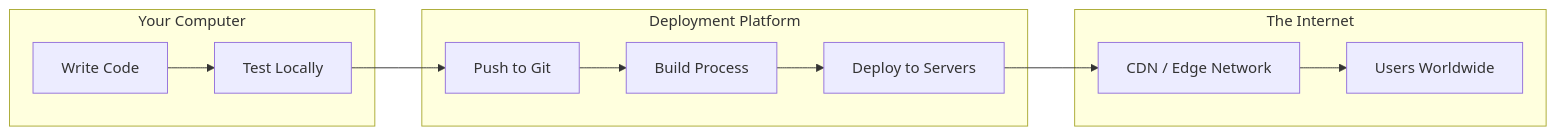
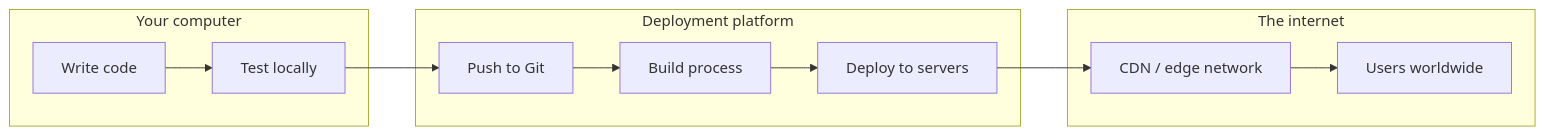
The diagram in docs/2-deployment-guide.md (cursor-estonia/lab-materials), drawn with Mermaid before and after one commit. The commit also changed other lines of this file and 4 other files, not shown here.

````diff
--- a/docs/2-deployment-guide.md
+++ b/docs/2-deployment-guide.md
@@ -24,18 +24,18 @@
 ```mermaid
 flowchart LR
-    subgraph LOCAL["Your Computer"]
-        A[Write Code] --> B[Test Locally]
+    subgraph LOCAL["Your computer"]
+        A[Write code] --> B[Test locally]
     end
 
-    subgraph PLATFORM["Deployment Platform"]
-        C[Push to Git] --> D[Build Process]
-        D --> E[Deploy to Servers]
+    subgraph PLATFORM["Deployment platform"]
+        C[Push to Git] --> D[Build process]
+        D --> E[Deploy to servers]
     end
 
-    subgraph LIVE["The Internet"]
-        E --> F[CDN / Edge Network]
-        F --> G[Users Worldwide]
+    subgraph LIVE["The internet"]
+        E --> F[CDN / edge network]
+        F --> G[Users worldwide]
     end
 
     B --> C
 ```
````
